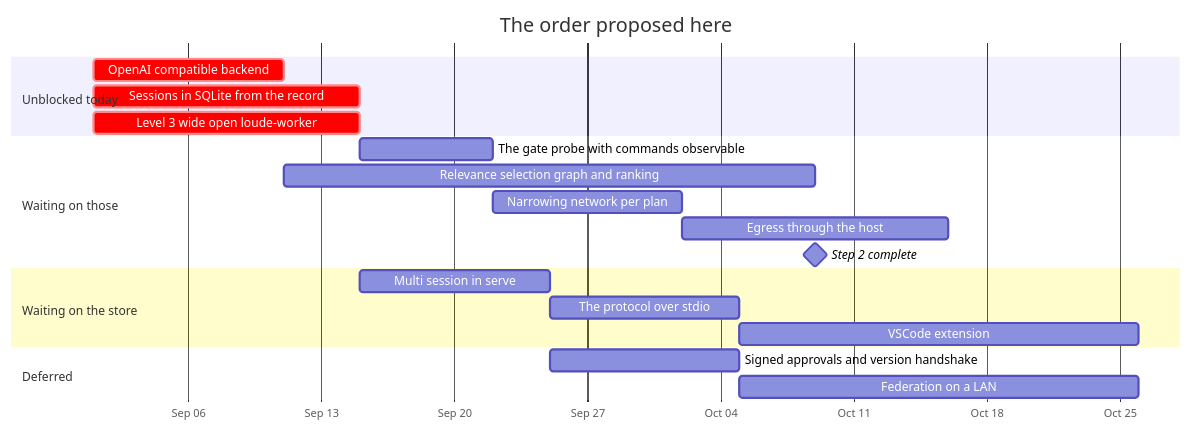
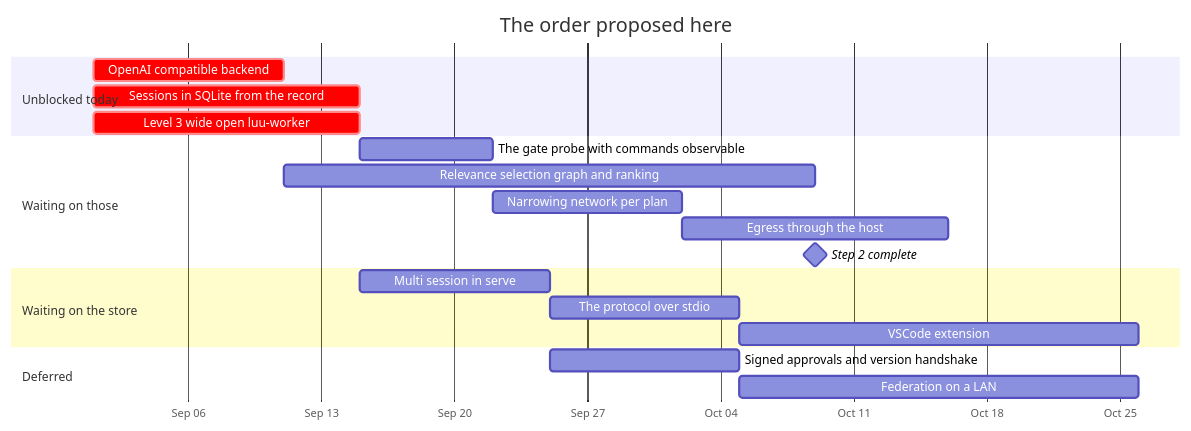
The diagram in ROADMAP/2026-09-01/README.md (jgermade/luu), drawn with Mermaid before and after one commit. The commit also changed other lines of this file and 32 other files, not shown here.

````diff
--- a/ROADMAP/2026-09-01/README.md
+++ b/ROADMAP/2026-09-01/README.md
@@ -39,23 +39,23 @@
 ```mermaid
 gantt
     title The order proposed here
     dateFormat YYYY-MM-DD
     axisFormat %b %d
     section Unblocked today
     OpenAI compatible backend              :crit, bk, 2026-09-01, 10d
     Sessions in SQLite from the record     :crit, store, 2026-09-01, 14d
-    Level 3 wide open loude-worker         :crit, l3, 2026-09-01, 14d
+    Level 3 wide open luu-worker         :crit, l3, 2026-09-01, 14d
     section Waiting on those
     The gate probe with commands observable :probe, after l3, 7d
     Relevance selection graph and ranking  :rel, after bk, 28d
     Narrowing network per plan             :narrow, after probe, 10d
     Egress through the host                :egress, after narrow, 14d
     Step 2 complete                        :milestone, m2, after rel, 0d
     section Waiting on the store
     Multi session in serve                 :multi, after store, 10d
     The protocol over stdio                :io, after multi, 10d
     VSCode extension                       :vsc, after io, 21d
     section Deferred
     Signed approvals and version handshake :sig, after multi, 10d
     Federation on a LAN                    :fed, after sig, 21d
 ```
````
